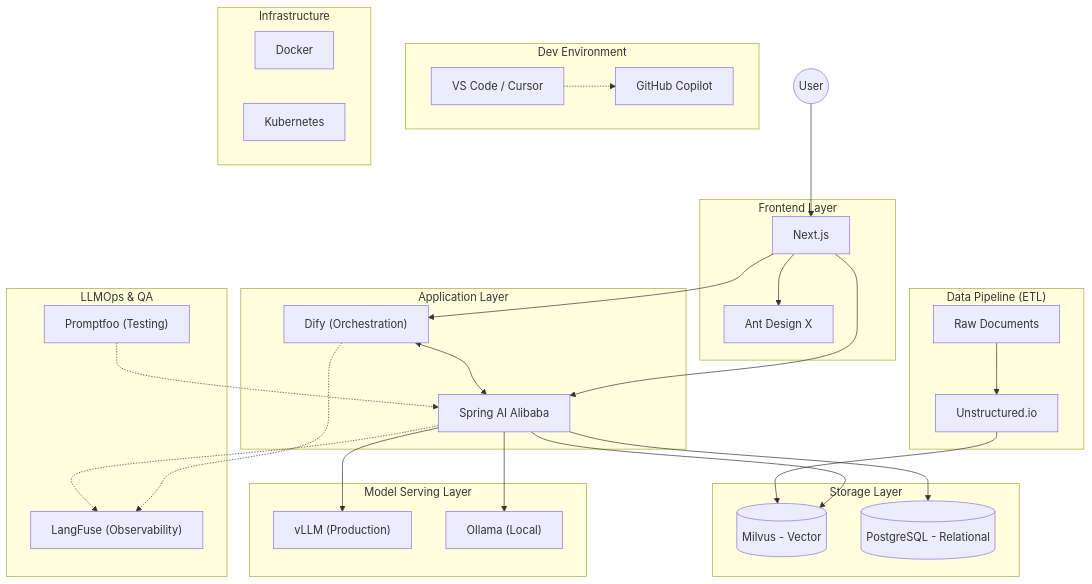
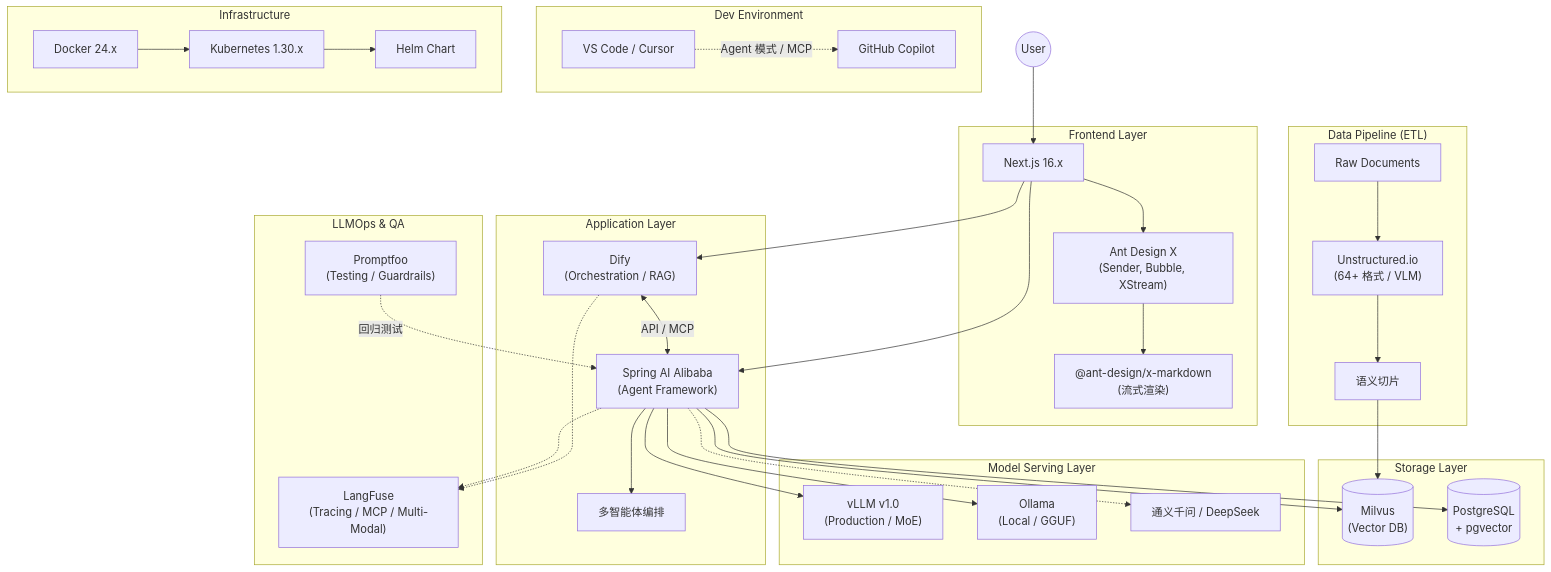
Before and after one commit to hanwei808/ai-product-production-guide: the first of 10 diagrams in README.md, drawn with Mermaid. The commit also changed other lines of this file, not shown here.

Commit message:
更新内容与流程图

````diff
--- a/README.md
+++ b/README.md
@@ -7,58 +7,69 @@
 ```mermaid
 graph TD
     subgraph "Dev Environment"
         Dev[VS Code / Cursor]
         Copilot[GitHub Copilot]
-        Dev -.-> Copilot
+        Dev -.->|Agent 模式 / MCP| Copilot
     end
 
     subgraph "Frontend Layer"
-        Next[Next.js]
-        AntX[Ant Design X]
+        Next[Next.js 16.x]
+        AntX["Ant Design X<br/>(Sender, Bubble, XStream)"]
+        MD["@ant-design/x-markdown<br/>(流式渲染)"]
         Next --> AntX
+        AntX --> MD
     end
 
     subgraph "Application Layer"
-        Dify["Dify (Orchestration)"]
-        Spring[Spring AI Alibaba]
-        Dify <--> Spring
+        Dify["Dify<br/>(Orchestration / RAG)"]
+        Spring["Spring AI Alibaba<br/>(Agent Framework)"]
+        MultiAgent[多智能体编排]
+        Dify <-->|API / MCP| Spring
+        Spring --> MultiAgent
     end
 
     subgraph "Data Pipeline (ETL)"
         Raw[Raw Documents]
-        Unstructured[Unstructured.io]
+        Unstructured["Unstructured.io<br/>(64+ 格式 / VLM)"]
+        Chunks[语义切片]
         Raw --> Unstructured
+        Unstructured --> Chunks
     end
 
     subgraph "Storage Layer"
-        Milvus[(Milvus - Vector)]
-        PG[(PostgreSQL - Relational)]
-        Unstructured --> Milvus
+        Milvus[("Milvus<br/>(Vector DB)")]
+        PG[("PostgreSQL<br/>+ pgvector")]
+        Chunks --> Milvus
         Spring --> Milvus
         Spring --> PG
     end
 
     subgraph "Model Serving Layer"
-        vLLM["vLLM (Production)"]
-        Ollama["Ollama (Local)"]
+        vLLM["vLLM v1.0<br/>(Production / MoE)"]
+        Ollama["Ollama<br/>(Local / GGUF)"]
+        Qwen["通义千问 / DeepSeek"]
         Spring --> vLLM
         Spring --> Ollama
+        Spring -.-> Qwen
     end
 
     subgraph "LLMOps & QA"
-        LangFuse["LangFuse (Observability)"]
-        Promptfoo["Promptfoo (Testing)"]
+        LangFuse["LangFuse<br/>(Tracing / MCP / Multi-Modal)"]
+        Promptfoo["Promptfoo<br/>(Testing / Guardrails)"]
         Spring -.-> LangFuse
         Dify -.-> LangFuse
     end
 
     subgraph "Infrastructure"
-        Docker
-        K8s[Kubernetes]
+        Docker[Docker 24.x]
+        K8s[Kubernetes 1.30.x]
+        Helm[Helm Chart]
+        Docker --> K8s
+        K8s --> Helm
     end
 
     User((User)) --> Next
     Next --> Dify
     Next --> Spring
-    Promptfoo -.-> Spring
+    Promptfoo -.->|回归测试| Spring
 ```
````
